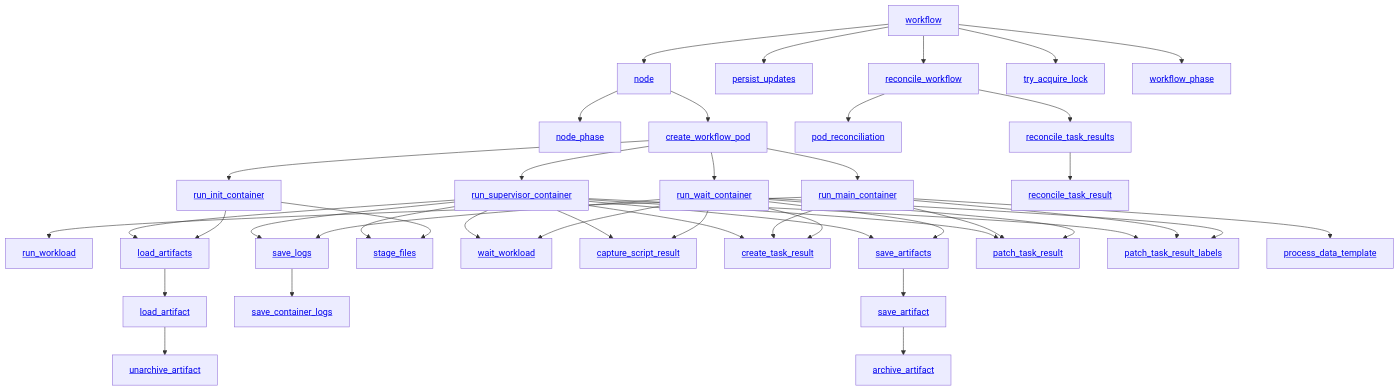
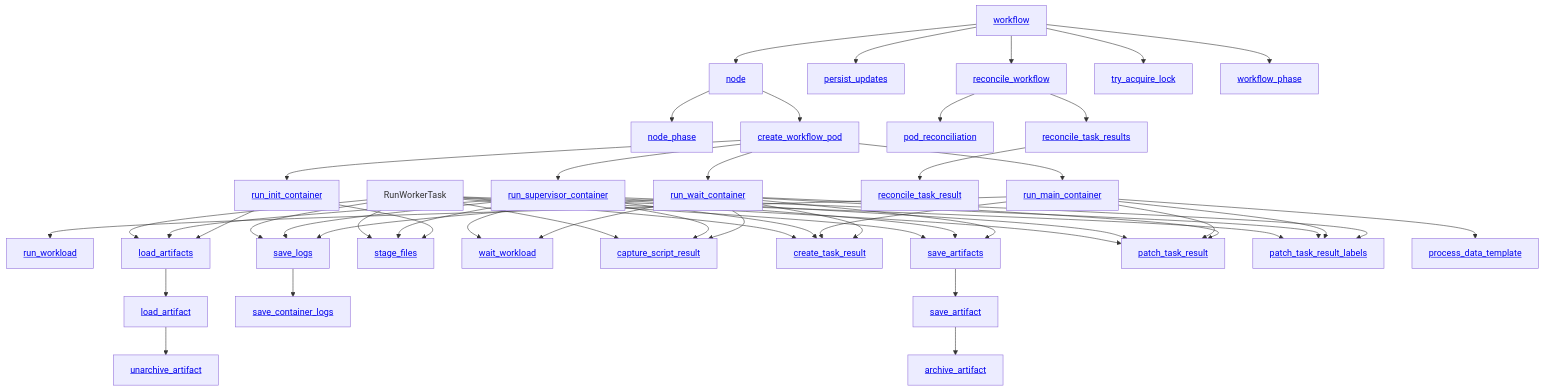
The third of 3 diagrams in docs/tracing.md (argoproj/argo-workflows), drawn with Mermaid before and after one commit. The commit also changed other lines of this file and 21 other files, not shown here.

First line of the commit message:
refactor(executor): run a task's whole flow in one process (worker role)

```diff
--- a/docs/tracing.md
+++ b/docs/tracing.md
@@ -82,25 +134,33 @@
     RunMainContainer --> RunWorkload
     RunWaitContainer --> SaveArtifacts
     RunSupervisorContainer --> SaveArtifacts
+    RunWorkerTask --> SaveArtifacts
     RunWaitContainer --> SaveLogs
     RunSupervisorContainer --> SaveLogs
+    RunWorkerTask --> SaveLogs
     RunInitContainer --> StageFiles
     RunSupervisorContainer --> StageFiles
+    RunWorkerTask --> StageFiles
     RunWaitContainer --> WaitWorkload
     RunSupervisorContainer --> WaitWorkload
     RunWaitContainer --> CaptureScriptResult
     RunSupervisorContainer --> CaptureScriptResult
+    RunWorkerTask --> CaptureScriptResult
     RunWaitContainer --> CreateTaskResult
     RunMainContainer --> CreateTaskResult
     RunSupervisorContainer --> CreateTaskResult
+    RunWorkerTask --> CreateTaskResult
     RunInitContainer --> LoadArtifacts
     RunSupervisorContainer --> LoadArtifacts
+    RunWorkerTask --> LoadArtifacts
     RunWaitContainer --> PatchTaskResult
     RunMainContainer --> PatchTaskResult
     RunSupervisorContainer --> PatchTaskResult
+    RunWorkerTask --> PatchTaskResult
     RunWaitContainer --> PatchTaskResultLabels
     RunMainContainer --> PatchTaskResultLabels
     RunSupervisorContainer --> PatchTaskResultLabels
+    RunWorkerTask --> PatchTaskResultLabels
     RunMainContainer --> ProcessDataTemplate
     ReconcileTaskResults --> ReconcileTaskResult
     SaveArtifacts --> SaveArtifact
```
